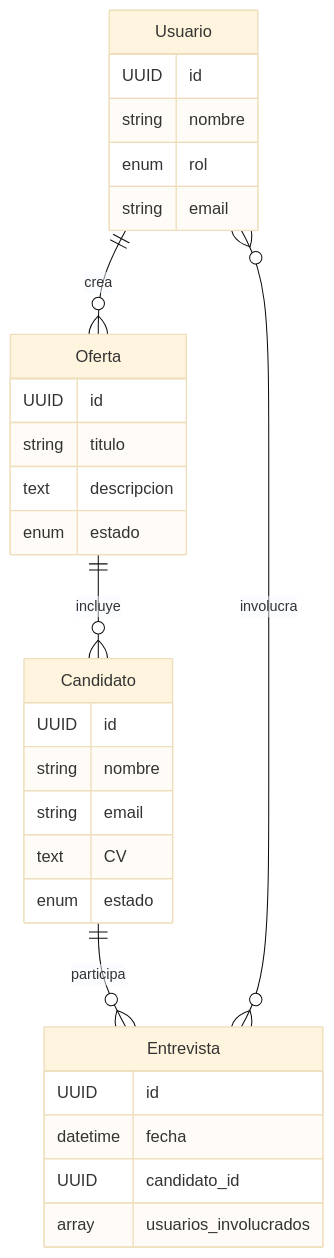
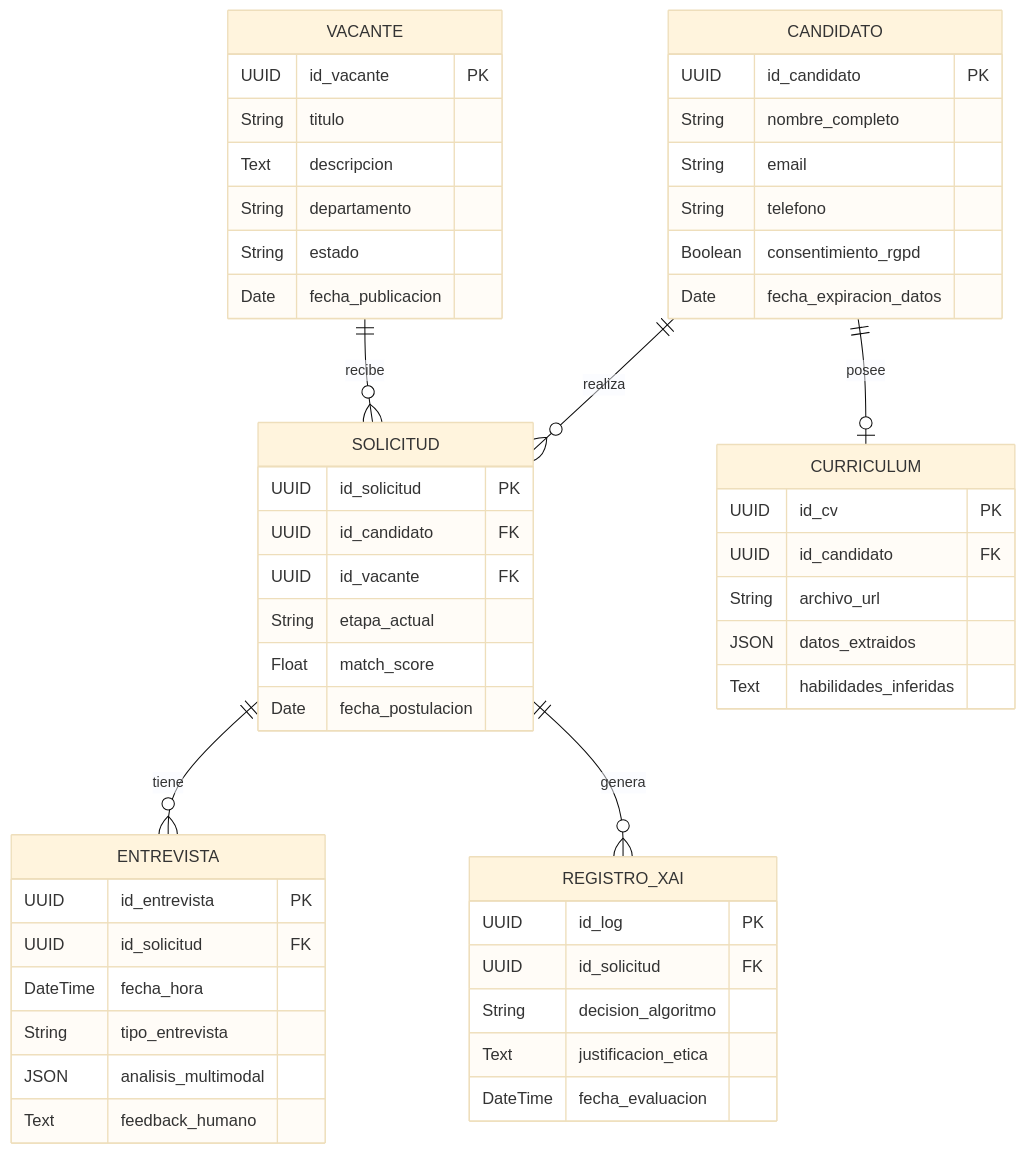
Before and after one commit to lacruzjd/AI4Devs-design-1-202603: the fifth of 7 diagrams in LTI-JDLM/LTI-JDLM.md, drawn with Mermaid (base theme). The commit also changed other lines of this file and 1 other file, not shown here.

````diff
--- a/LTI-JDLM/LTI-JDLM.md
+++ b/LTI-JDLM/LTI-JDLM.md
@@ -211,33 +117,55 @@
 ```mermaid
 erDiagram
-    Usuario {
-        UUID id
-        string nombre
-        enum rol
-        string email
+    CANDIDATO ||--o{ SOLICITUD : "realiza"
+    CANDIDATO ||--o| CURRICULUM : "posee"
+    VACANTE ||--o{ SOLICITUD : "recibe"
+    SOLICITUD ||--o{ ENTREVISTA : "tiene"
+    SOLICITUD ||--o{ REGISTRO_XAI : "genera"
+
+    CANDIDATO {
+        UUID id_candidato PK
+        String nombre_completo
+        String email
+        String telefono
+        Boolean consentimiento_rgpd
+        Date fecha_expiracion_datos
     }
-    Candidato {
-        UUID id
-        string nombre
-        string email
-        text CV
-        enum estado
+    VACANTE {
+        UUID id_vacante PK
+        String titulo
+        Text descripcion
+        String departamento
+        String estado
+        Date fecha_publicacion
     }
-    Oferta {
-        UUID id
-        string titulo
-        text descripcion
-        enum estado
+    SOLICITUD {
+        UUID id_solicitud PK
+        UUID id_candidato FK
+        UUID id_vacante FK
+        String etapa_actual
+        Float match_score
+        Date fecha_postulacion
     }
-    Entrevista {
-        UUID id
-        datetime fecha
-        UUID candidato_id
-        array usuarios_involucrados
+    CURRICULUM {
+        UUID id_cv PK
+        UUID id_candidato FK
+        String archivo_url
+        JSON datos_extraidos
+        Text habilidades_inferidas
     }
-
-    Usuario ||--o{ Oferta : crea
-    Oferta ||--o{ Candidato : incluye
-    Candidato ||--o{ Entrevista : participa
-    Usuario }o--o{ Entrevista : involucra
+    ENTREVISTA {
+        UUID id_entrevista PK
+        UUID id_solicitud FK
+        DateTime fecha_hora
+        String tipo_entrevista
+        JSON analisis_multimodal
+        Text feedback_humano
+    }
+    REGISTRO_XAI {
+        UUID id_log PK
+        UUID id_solicitud FK
+        String decision_algoritmo
+        Text justificacion_etica
+        DateTime fecha_evaluacion
+    }
 ```
````
